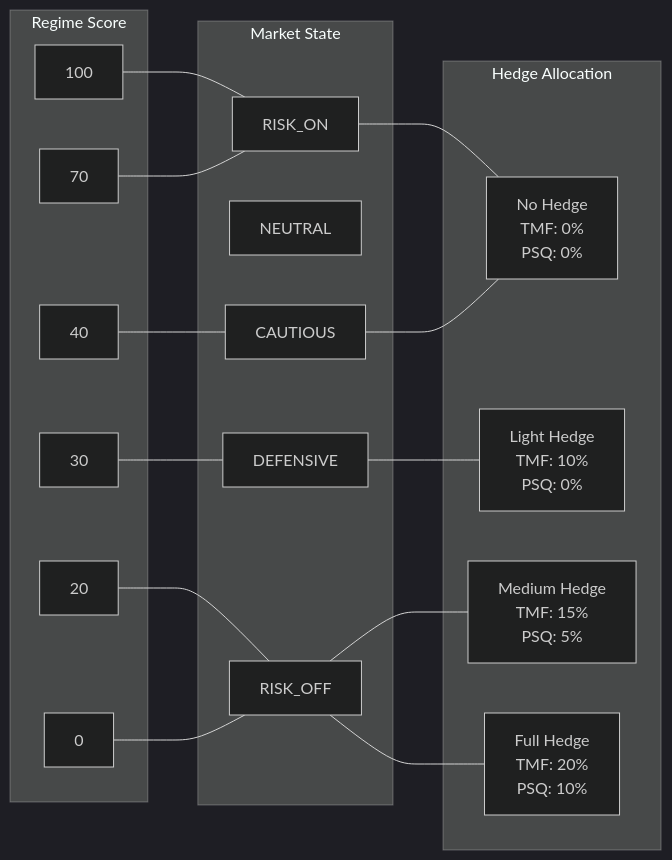
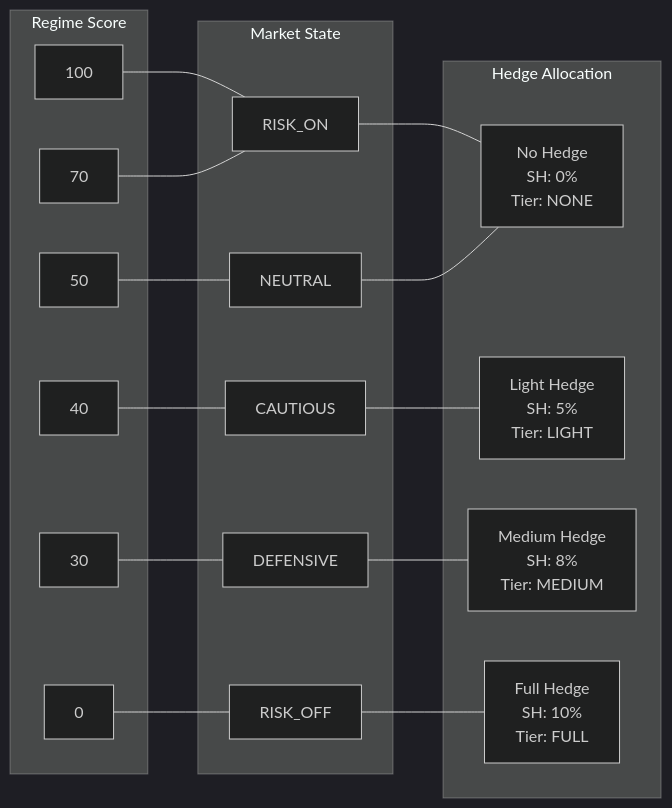
Before and after one commit to vickdavinci/alpha-nextgen-v2-private: the second of 2 diagrams in docs/system/09-hedge-engine.md, drawn with Mermaid (dark theme). The commit also changed other lines of this file and 2 other files, not shown here.

First line of the commit message:
docs: V6.11-V6.14 architecture documentation sync

````diff
--- a/docs/system/09-hedge-engine.md
+++ b/docs/system/09-hedge-engine.md
@@ -315,41 +308,42 @@
 ```mermaid
 graph LR
     subgraph SCORE["Regime Score"]
         S100["100"]
         S70["70"]
+        S50["50"]
         S40["40"]
         S30["30"]
-        S20["20"]
         S0["0"]
     end
-    
+
     subgraph STATE["Market State"]
         RISK_ON["RISK_ON"]
         NEUTRAL["NEUTRAL"]
         CAUTIOUS["CAUTIOUS"]
         DEFENSIVE["DEFENSIVE"]
         RISK_OFF["RISK_OFF"]
     end
-    
+
     subgraph HEDGE["Hedge Allocation"]
-        H0["No Hedge<br/>TMF: 0%<br/>PSQ: 0%"]
-        H1["Light Hedge<br/>TMF: 10%<br/>PSQ: 0%"]
-        H2["Medium Hedge<br/>TMF: 15%<br/>PSQ: 5%"]
-        H3["Full Hedge<br/>TMF: 20%<br/>PSQ: 10%"]
+        H0["No Hedge<br/>SH: 0%<br/>Tier: NONE"]
+        H1["Light Hedge<br/>SH: 5%<br/>Tier: LIGHT"]
+        H2["Medium Hedge<br/>SH: 8%<br/>Tier: MEDIUM"]
+        H3["Full Hedge<br/>SH: 10%<br/>Tier: FULL"]
     end
-    
+
     S100 --- RISK_ON
     S70 --- RISK_ON
     RISK_ON --- H0
-    
+
+    S50 --- NEUTRAL
+    NEUTRAL --- H0
+
     S40 --- CAUTIOUS
-    CAUTIOUS --- H0
-    
+    CAUTIOUS --- H1
+
     S30 --- DEFENSIVE
-    DEFENSIVE --- H1
-    
-    S20 --- RISK_OFF
+    DEFENSIVE --- H2
+
     S0 --- RISK_OFF
-    RISK_OFF --- H2
     RISK_OFF --- H3
 ```
````
